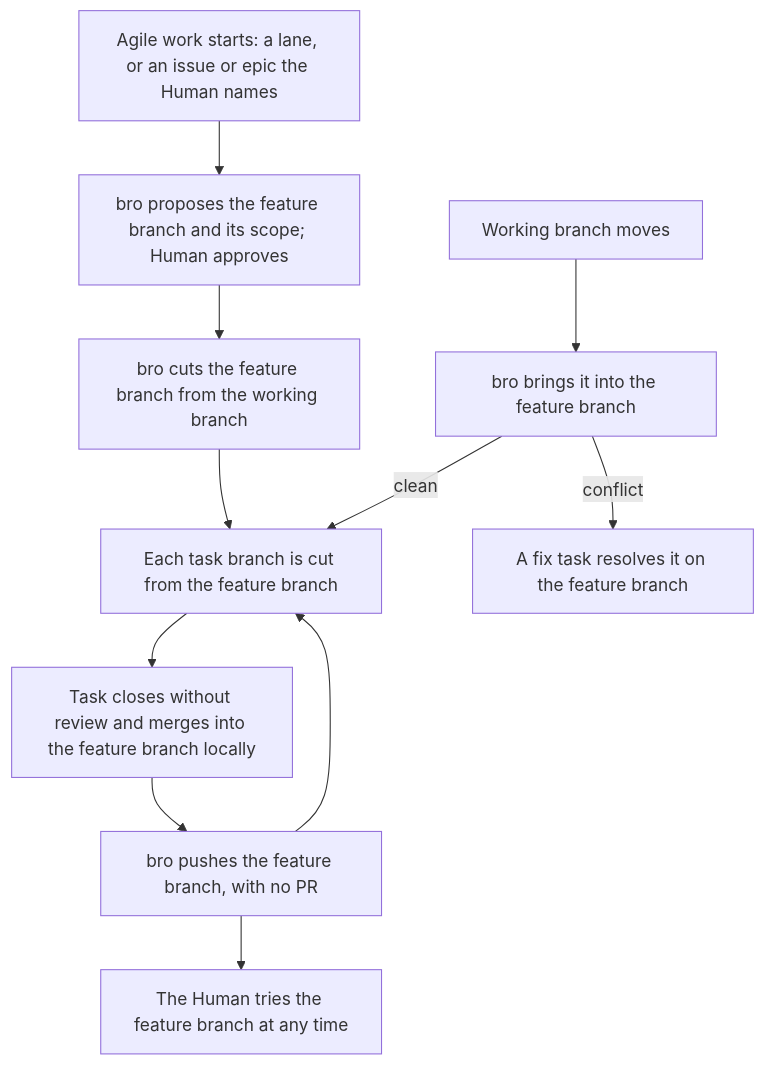
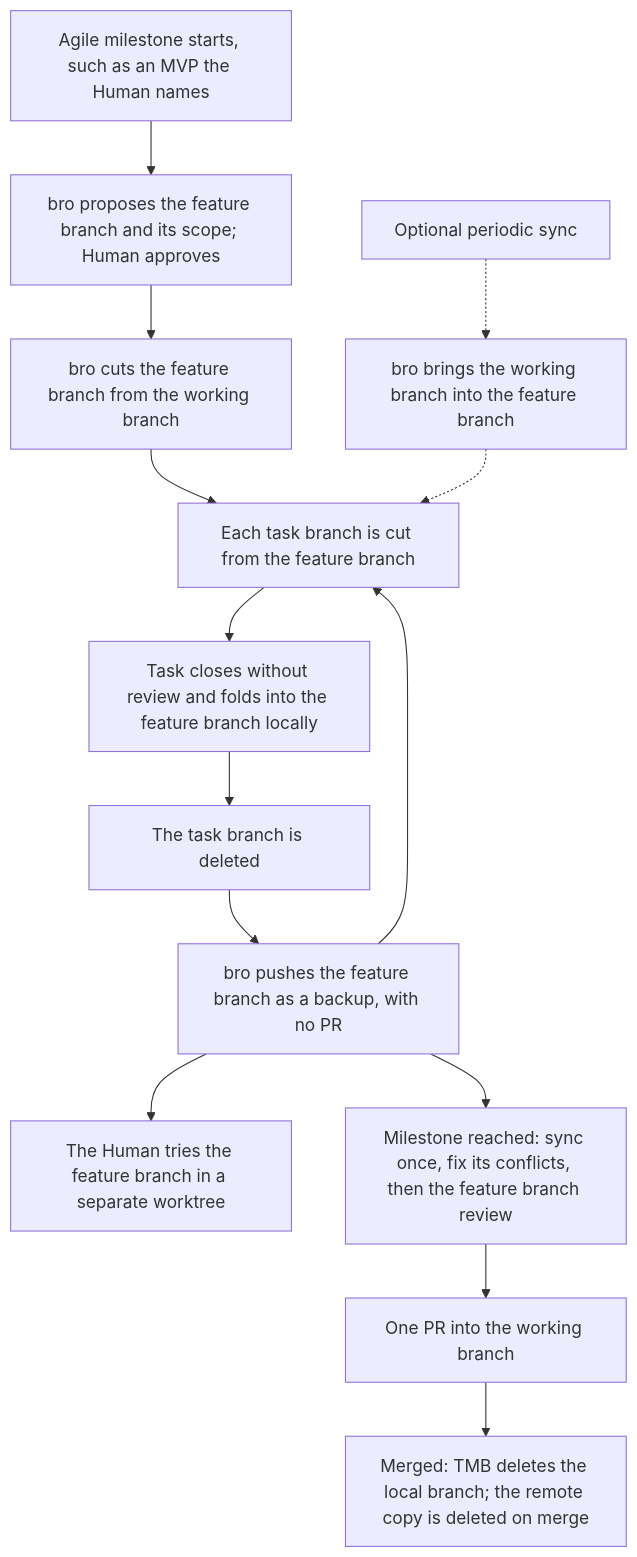
One commit to trustmybot/plugin changed the second of 8 diagrams in docs/architecture/AGILE.md. Above: the diagram before and after it, drawn with Mermaid. The commit also changed other lines of this file and 5 other files, not shown here.

Commit message:
📝 docs(agile): milestone feature-branch model, mark shipped

````diff
--- a/docs/architecture/AGILE.md
+++ b/docs/architecture/AGILE.md
@@ -35,13 +35,16 @@
 ```mermaid
 flowchart TD
-    A[Agile work starts: a lane, or an issue or epic the Human names] --> B[bro proposes the feature branch and its scope; Human approves]
+    A[Agile milestone starts, such as an MVP the Human names] --> B[bro proposes the feature branch and its scope; Human approves]
     B --> C[bro cuts the feature branch from the working branch]
     C --> D[Each task branch is cut from the feature branch]
-    D --> E[Task closes without review and merges into the feature branch locally]
-    E --> F[bro pushes the feature branch, with no PR]
+    D --> E[Task closes without review and folds into the feature branch locally]
+    E --> X[The task branch is deleted]
+    X --> F[bro pushes the feature branch as a backup, with no PR]
     F --> D
-    G[Working branch moves] --> H[bro brings it into the feature branch]
-    H -- conflict --> I[A fix task resolves it on the feature branch]
-    H -- clean --> D
-    F --> T[The Human tries the feature branch at any time]
+    G[Optional periodic sync] -.-> H[bro brings the working branch into the feature branch]
+    H -.-> D
+    F --> T[The Human tries the feature branch in a separate worktree]
+    F --> M[Milestone reached: sync once, fix its conflicts, then the feature branch review]
+    M --> P[One PR into the working branch]
+    P --> Z[Merged: TMB deletes the local branch; the remote copy is deleted on merge]
 ```
````
